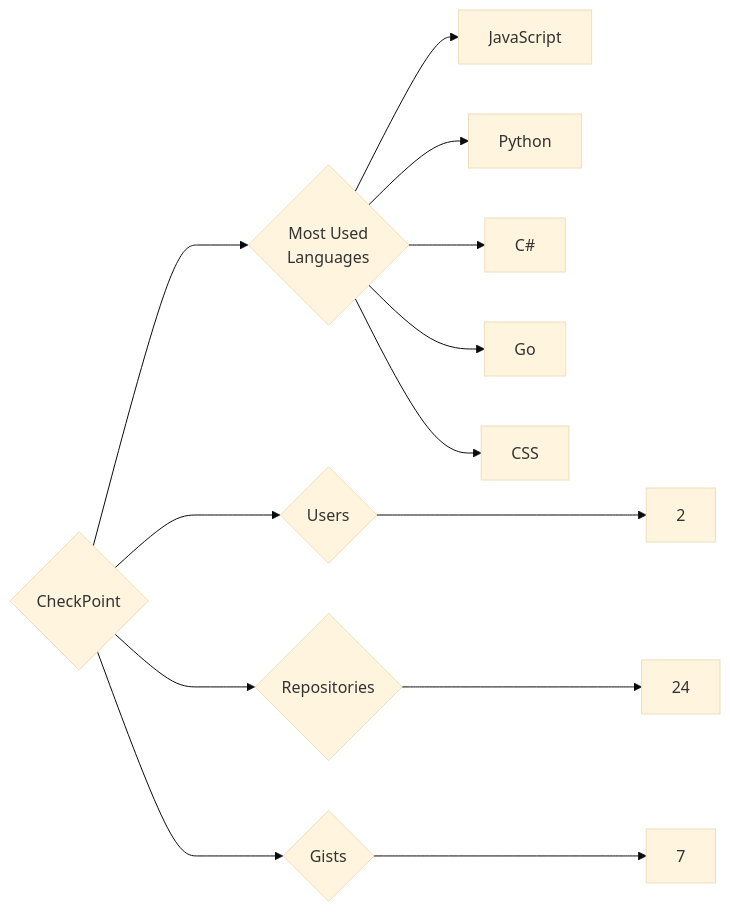
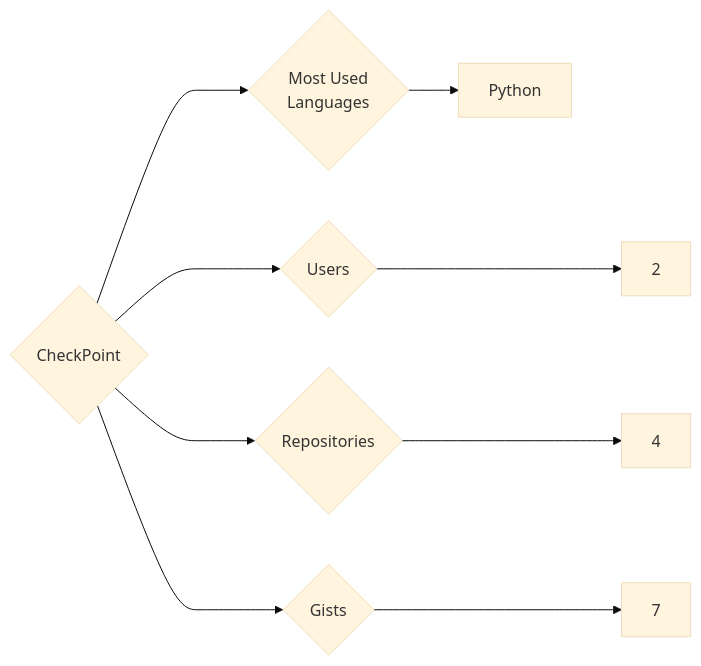
Before and after one commit to trickest/insiders: the diagram in targets/CheckPoint/README.md, drawn with Mermaid (base theme). The commit also changed 693 other files, not shown here.

````diff
--- a/targets/CheckPoint/README.md
+++ b/targets/CheckPoint/README.md
@@ -3,13 +3,9 @@
 ```mermaid
 graph LR
 COMPANY_NAME{CheckPoint}
 COMPANY_NAME ---> U{Users} ---> UN[2]
-COMPANY_NAME ---> R{Repositories} ---> RN[24]
+COMPANY_NAME ---> R{Repositories} ---> RN[4]
 COMPANY_NAME ---> G{Gists} ---> GN[7]
 COMPANY_NAME ---> ML{Most Used<br>Languages}
-ML --> JavaScript[JavaScript]
 ML --> Python[Python]
-ML --> C#[C#]
-ML --> Go[Go]
-ML --> CSS[CSS]
 ```
````
